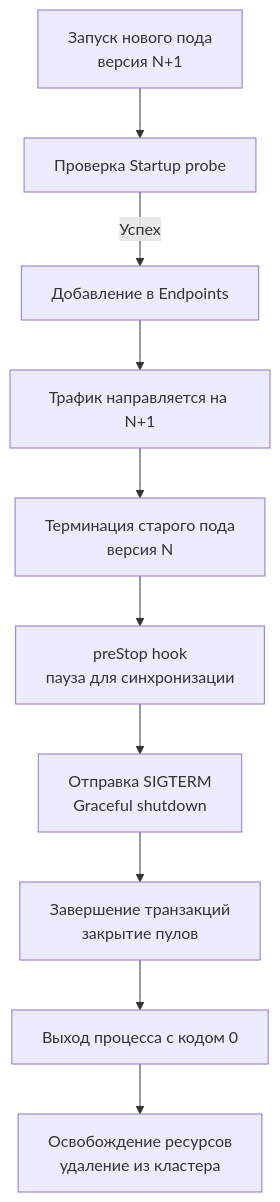
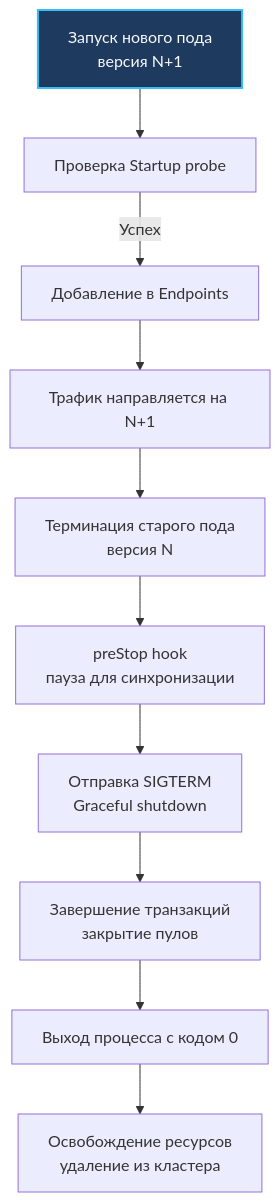
The diagram in sources/9. Бэкенд на Go (Практика разработки)/40. Деплой в production.md (UnrealTemplier/go-textbook), drawn with Mermaid before and after one commit. The commit also changed 1666 other files, not shown here.

First line of the commit message:
feat(mermaid): add semantic color classDef to 1369 colorless flowchart/graph diagrams

````diff
--- a/sources/9. Бэкенд на Go (Практика разработки)/40. Деплой в production.md
+++ b/sources/9. Бэкенд на Go (Практика разработки)/40. Деплой в production.md
@@ -22,12 +22,22 @@
 ```mermaid
 flowchart TD
-    A["Запуск нового пода<br>версия N+1"] --> B["Проверка Startup probe"]
+    classDef process  fill:#1e293b,stroke:#38bdf8,stroke-width:1px,color:#f8fafc
+    classDef success  fill:#064e3b,stroke:#34d399,stroke-width:1px,color:#f8fafc
+    classDef error    fill:#7f1d1d,stroke:#f87171,stroke-width:1px,color:#f8fafc
+    classDef warning  fill:#78350f,stroke:#fbbf24,stroke-width:1px,color:#f8fafc
+    classDef entry    fill:#1e3a5f,stroke:#38bdf8,stroke-width:2px,color:#f8fafc
+    classDef aux      fill:#334155,stroke:#64748b,stroke-width:1px,color:#f8fafc
+    classDef system   fill:#312e81,stroke:#a78bfa,stroke-width:1px,color:#f8fafc
+    classDef data     fill:#132d29,stroke:#2dd4bf,stroke-width:1px,color:#f8fafc
+    classDef network  fill:#881337,stroke:#fb7185,stroke-width:1px,color:#f8fafc
+    classDef accent   fill:#1e1b4b,stroke:#818cf8,stroke-width:1px,color:#f8fafc
+    A["Запуск нового пода<br>версия N+1"]:::entry --> B["Проверка Startup probe"]
     B -->|"Успех"| C["Добавление в Endpoints"]
     C --> D["Трафик направляется на N+1"]
     D --> E["Терминация старого пода<br>версия N"]
     E --> F["preStop hook<br>пауза для синхронизации"]
     F --> G["Отправка SIGTERM<br>Graceful shutdown"]
     G --> H["Завершение транзакций<br>закрытие пулов"]
     H --> I["Выход процесса с кодом 0"]
     I --> J["Освобождение ресурсов<br>удаление из кластера"]
 ```
````
